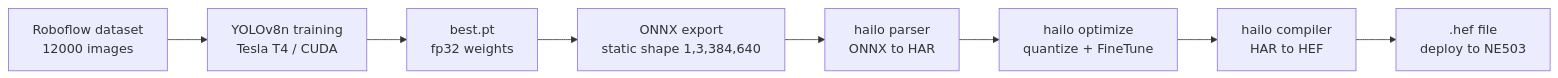
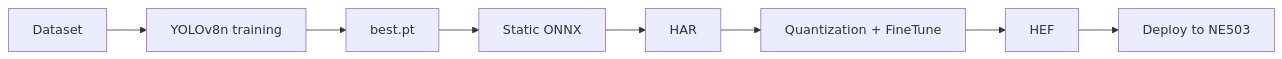
One commit to luommy/wiki-documents changed the diagram in i18n/en/docusaurus-plugin-content-docs/current/6-neoeyes-ne503-series/4-application-guide/1-app-development/4-model-training-and-hef.md. Above: the diagram before and after it, drawn with Mermaid. The commit also changed other lines of this file and 49 other files, not shown here.

````diff
--- a/i18n/en/docusaurus-plugin-content-docs/current/6-neoeyes-ne503-series/4-application-guide/1-app-development/4-model-training-and-hef.md
+++ b/i18n/en/docusaurus-plugin-content-docs/current/6-neoeyes-ne503-series/4-application-guide/1-app-development/4-model-training-and-hef.md
@@ -34,10 +29,10 @@
 ```mermaid
 flowchart LR
-    A[Roboflow dataset<br/>12000 images] --> B[YOLOv8n training<br/>Tesla T4 / CUDA]
-    B --> C[best.pt<br/>fp32 weights]
-    C --> D[ONNX export<br/>static shape 1,3,384,640]
-    D --> E[hailo parser<br/>ONNX to HAR]
-    E --> F[hailo optimize<br/>quantize + FineTune]
-    F --> G[hailo compiler<br/>HAR to HEF]
-    G --> H[.hef file<br/>deploy to NE503]
+    A[Dataset] --> B[YOLOv8n training]
+    B --> C[best.pt]
+    C --> D[Static ONNX]
+    D --> E[HAR]
+    E --> F[Quantization + FineTune]
+    F --> G[HEF]
+    G --> H[Deploy to NE503]
 ```
````
